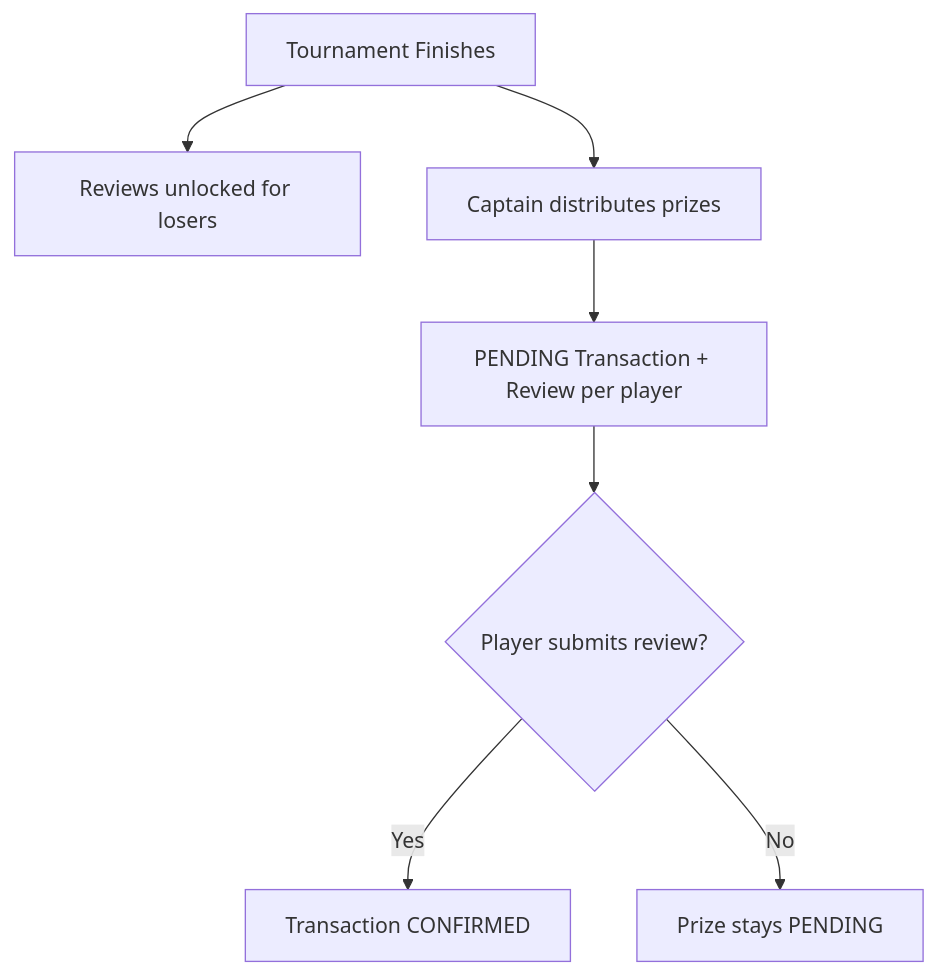
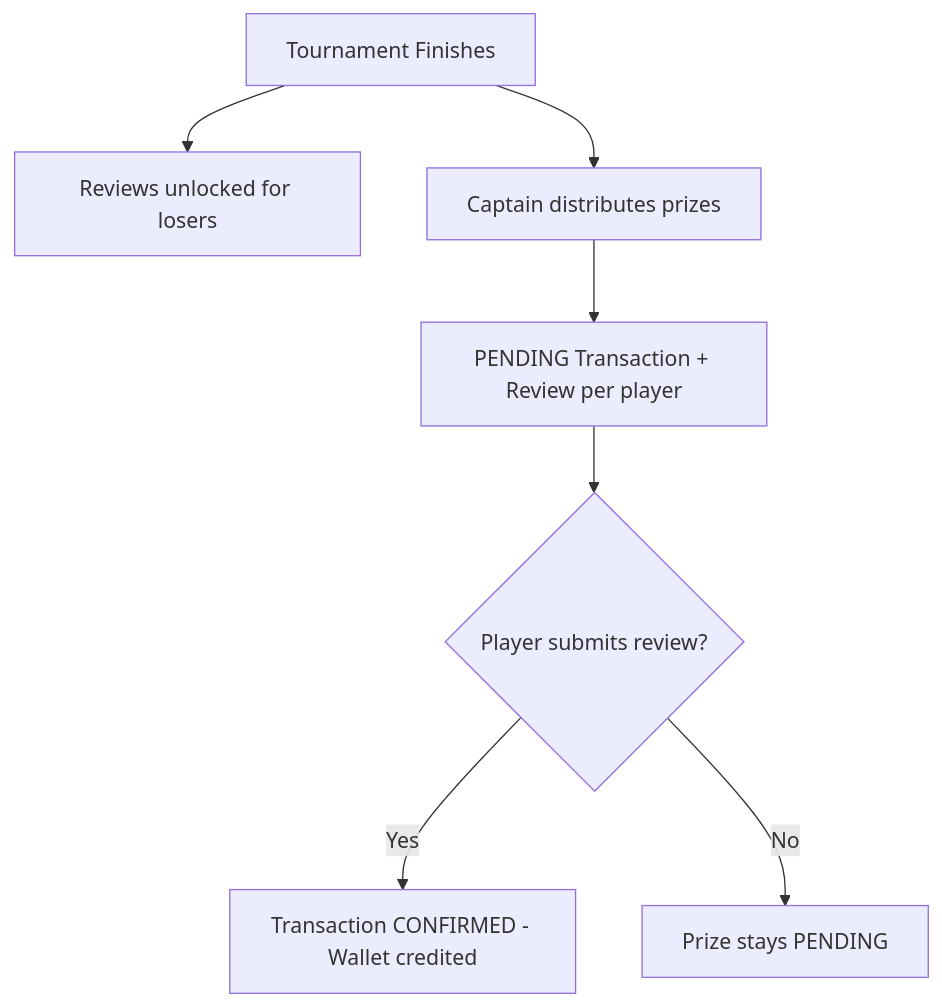
The third of 6 diagrams in README.md (lorisdj02/atl-backend), drawn with Mermaid before and after one commit. The commit also changed other lines of this file, not shown here.

Commit message:
docs: update README with comprehensive ER diagrams and tournament phase documentation

````diff
--- a/README.md
+++ b/README.md
@@ -113,9 +115,9 @@
 ```mermaid
 flowchart TD
     A[Tournament Finishes] --> B[Reviews unlocked for losers]
     A --> C[Captain distributes prizes]
     C --> D[PENDING Transaction + Review per player]
     D --> E{Player submits review?}
-    E -- Yes --> F[Transaction CONFIRMED]
+    E -- Yes --> F[Transaction CONFIRMED - Wallet credited]
     E -- No --> G[Prize stays PENDING]
 ```
````
